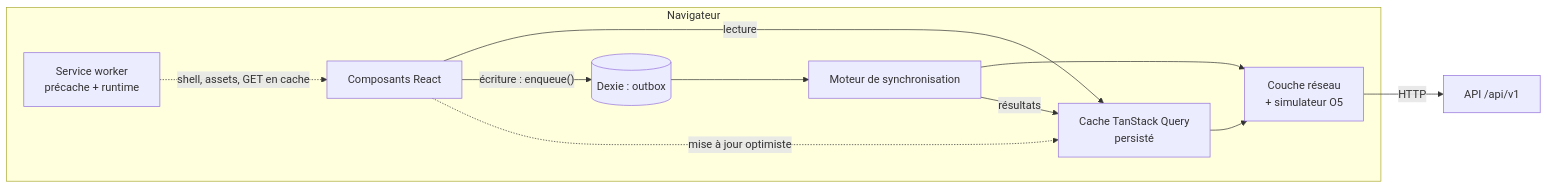
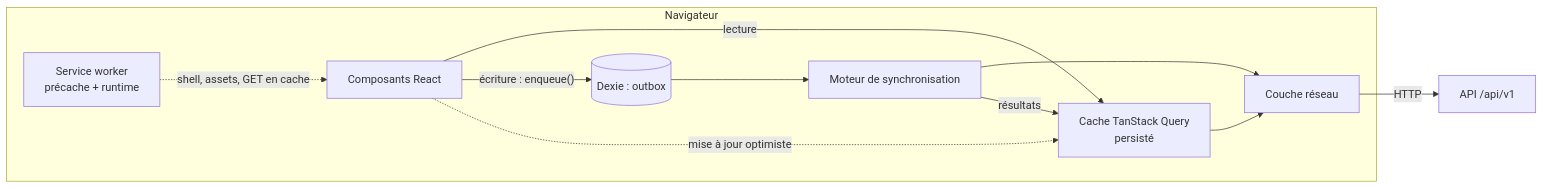
Before and after one commit to sx1vio/CADEV-saiyens: the first of 3 diagrams in docs/architecture/04-hors-ligne-sync.md, drawn with Mermaid. The commit also changed other lines of this file and 8 other files, not shown here.

````diff
--- a/docs/architecture/04-hors-ligne-sync.md
+++ b/docs/architecture/04-hors-ligne-sync.md
@@ -19,22 +19,22 @@
 ```mermaid
 flowchart LR
     subgraph navigateur[Navigateur]
         ui[Composants React]
         tq[Cache TanStack Query<br/>persisté]
         outbox[(Dexie : outbox)]
         engine[Moteur de synchronisation]
-        net[Couche réseau<br/>+ simulateur O5]
+        net[Couche réseau]
         sw[Service worker<br/>précache + runtime]
     end
     api[API /api/v1]
 
     ui -- lecture --> tq
     ui -- écriture : enqueue() --> outbox
     ui -. mise à jour optimiste .-> tq
     outbox --> engine
     engine --> net
     tq --> net
     net -- HTTP --> api
     sw -. shell, assets, GET en cache .-> ui
     engine -- résultats --> tq
 ```
````
